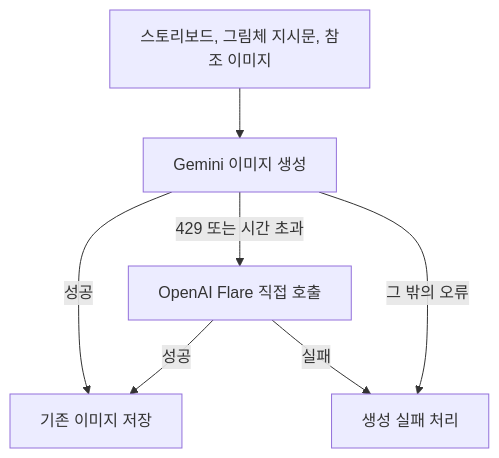
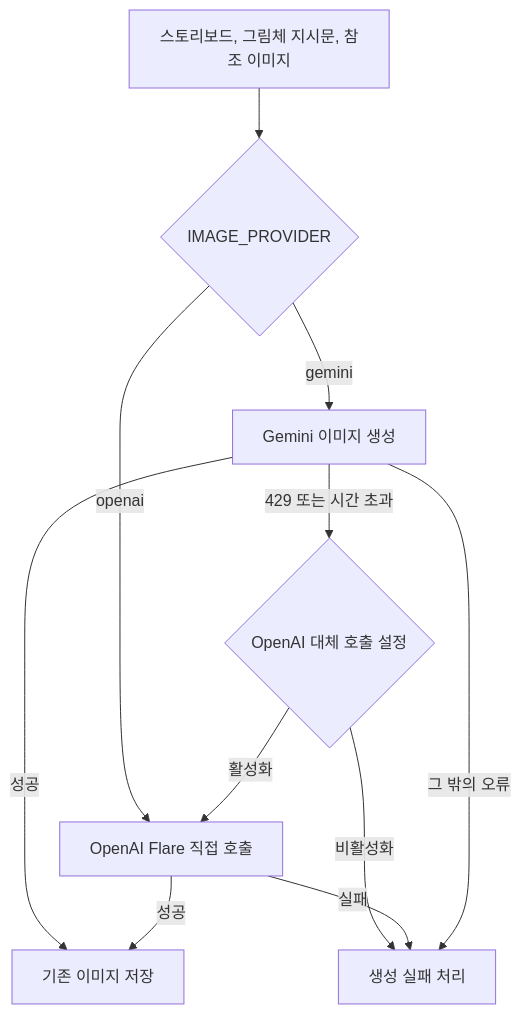
The second of 2 diagrams in backend/README.md (woowacourse-teams/2026-Harudle), drawn with Mermaid before and after one commit. The commit also changed other lines of this file and 3 other files, not shown here.

````diff
--- a/backend/README.md
+++ b/backend/README.md
@@ -575,9 +601,13 @@
 ```mermaid
 flowchart TD
-    input["스토리보드, 그림체 지시문, 참조 이미지"] --> gemini["Gemini 이미지 생성"]
+    input["스토리보드, 그림체 지시문, 참조 이미지"] --> provider{"IMAGE_PROVIDER"}
+    provider -->|gemini| gemini["Gemini 이미지 생성"]
+    provider -->|openai| openai["OpenAI Flare 직접 호출"]
     gemini -->|성공| storage["기존 이미지 저장"]
-    gemini -->|429 또는 시간 초과| openai["OpenAI Flare 직접 호출"]
+    gemini -->|429 또는 시간 초과| fallback{"OpenAI 대체 호출 설정"}
+    fallback -->|활성화| openai
+    fallback -->|비활성화| failure["생성 실패 처리"]
     openai -->|성공| storage
-    openai -->|실패| failure["생성 실패 처리"]
+    openai -->|실패| failure
     gemini -->|그 밖의 오류| failure
 ```
````
